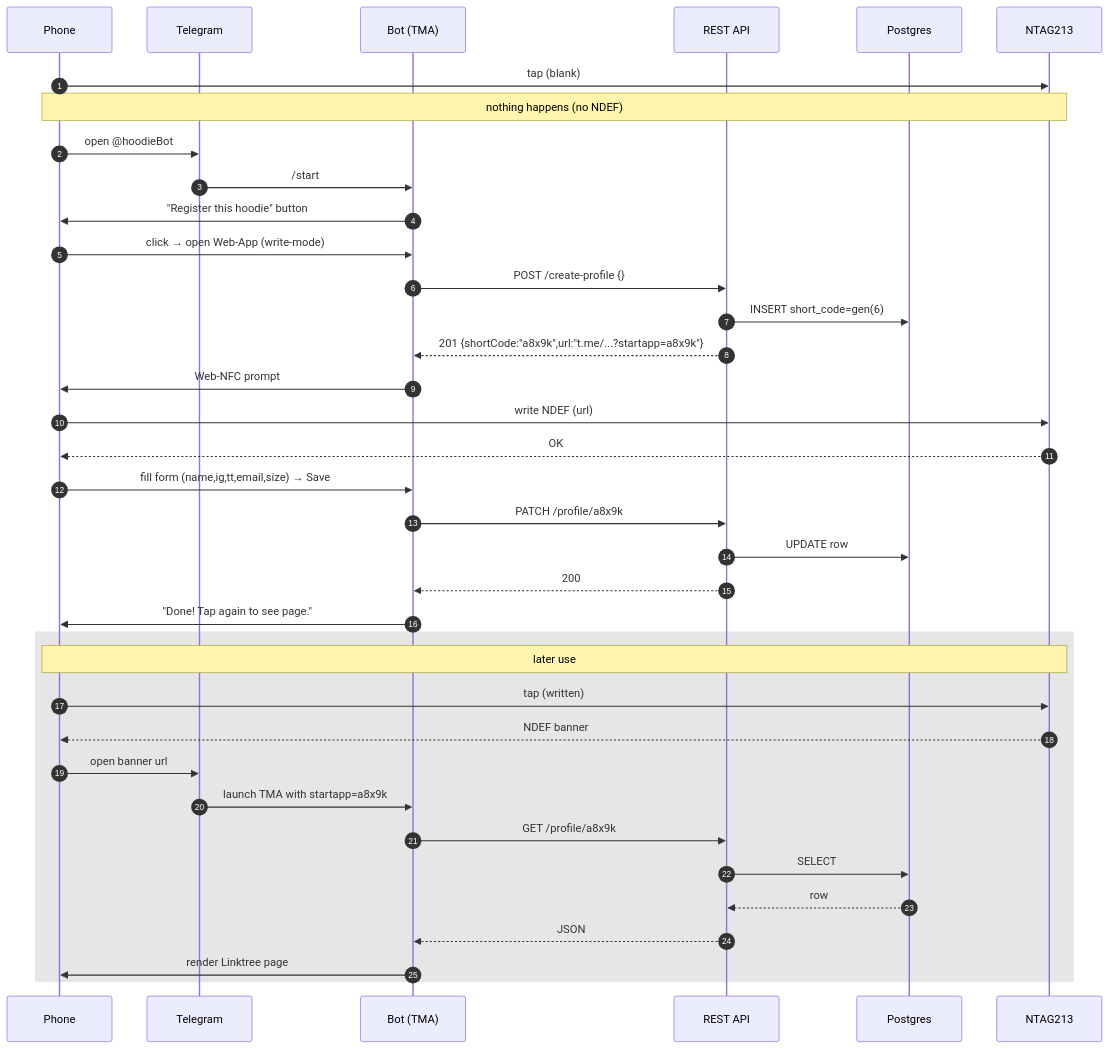
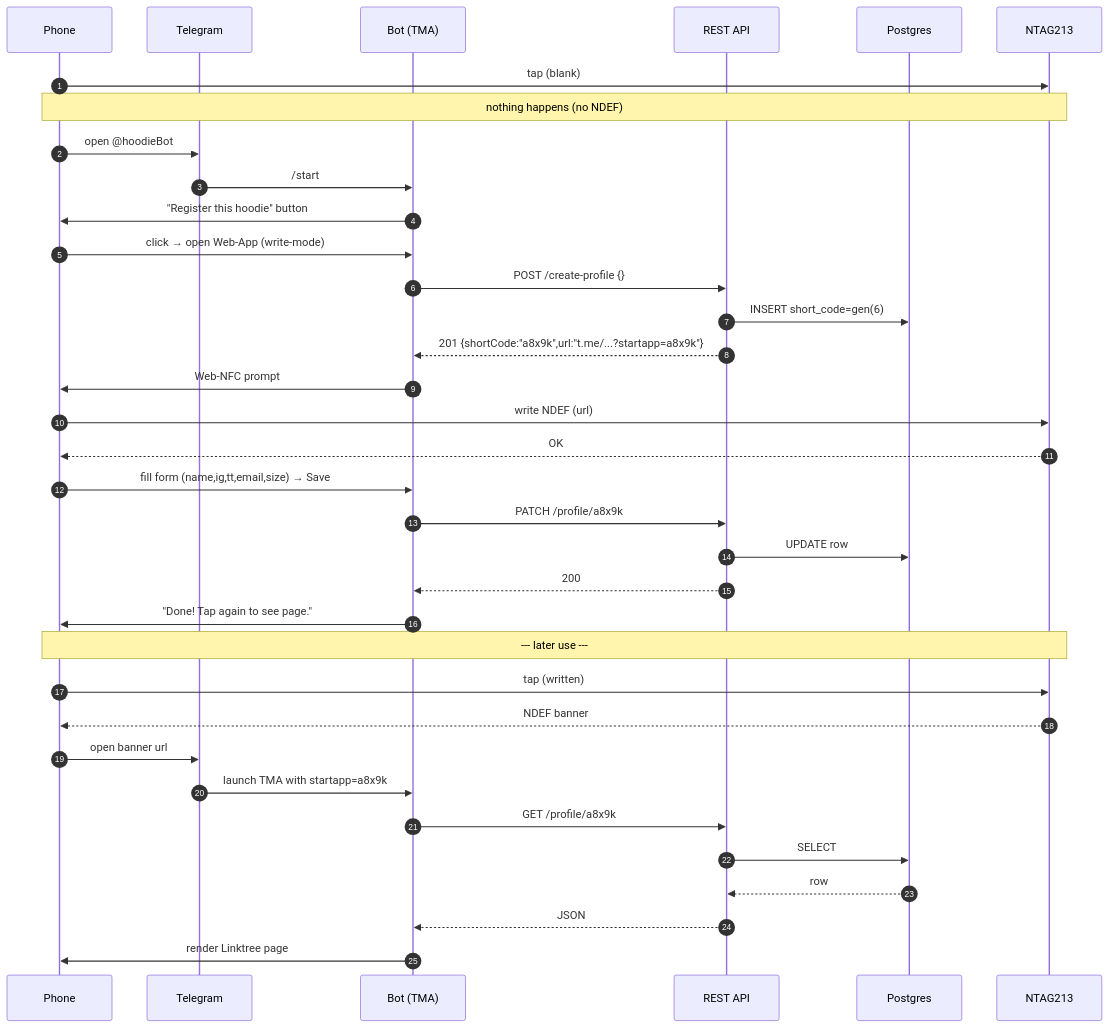
The diagram in README.md (madschristensen99/nfcTON), drawn with Mermaid before and after one commit. The commit also changed other lines of this file, not shown here.

Commit message:
fix sequence diagram visibility

````diff
--- a/README.md
+++ b/README.md
@@ -10,41 +10,39 @@
 ```mermaid
 sequenceDiagram
     autonumber
     participant A as Phone
     participant TG as Telegram
     participant Bot as Bot (TMA)
     participant API as REST API
     participant DB as Postgres
     participant Tag as NTAG213
 
     A->>Tag: tap (blank)
     Note over A,Tag: nothing happens (no NDEF)
     A->>TG: open @hoodieBot
     TG->>Bot: /start
     Bot->>A: "Register this hoodie" button
     A->>Bot: click → open Web-App (write-mode)
     Bot->>API: POST /create-profile {}
     API->>DB: INSERT short_code=gen(6)
     API-->>Bot: 201 {shortCode:"a8x9k",url:"t.me/...?startapp=a8x9k"}
     Bot->>A: Web-NFC prompt
     A->>Tag: write NDEF (url)
     Tag-->>A: OK
     A->>Bot: fill form (name,ig,tt,email,size) → Save
     Bot->>API: PATCH /profile/a8x9k
     API->>DB: UPDATE row
     API-->>Bot: 200
     Bot->>A: "Done! Tap again to see page."
 
-    rect rgb(230,230,230)
-    Note over A,Tag: later use
+    Note over A,Tag: --- later use ---
     A->>Tag: tap (written)
     Tag-->>A: NDEF banner
     A->>TG: open banner url
     TG->>Bot: launch TMA with startapp=a8x9k
     Bot->>API: GET /profile/a8x9k
     API->>DB: SELECT
     DB-->>API: row
     API-->>Bot: JSON
     Bot->>A: render Linktree page
-    end
 ```
````
